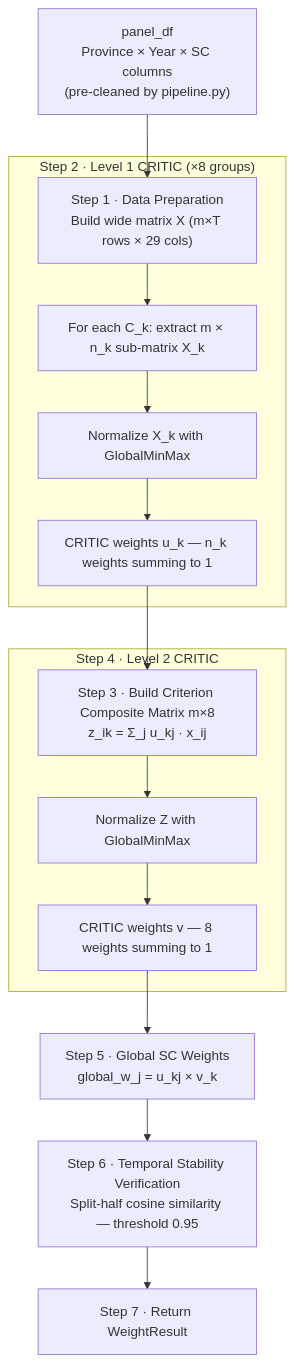
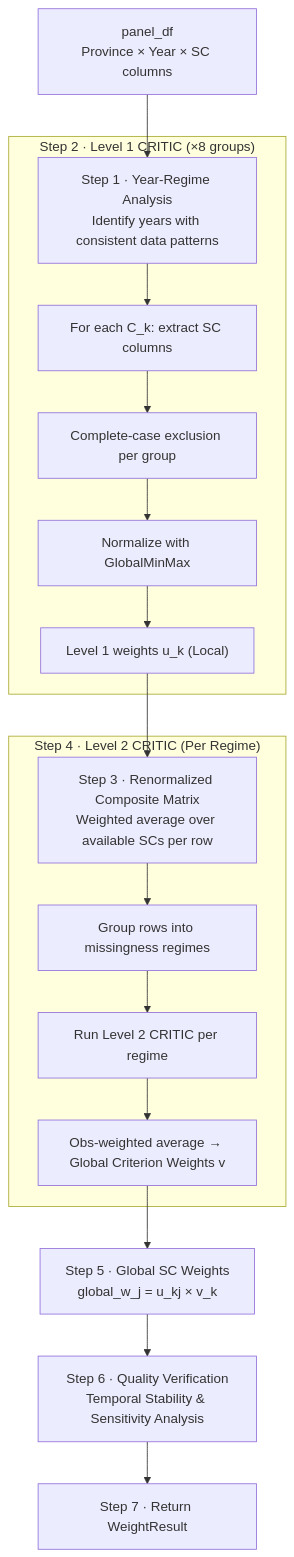
Before and after one commit to hnks-gh/ml-mcdm: the diagram in docs/weighting.md, drawn with Mermaid. The commit also changed other lines of this file and 94 other files, not shown here.

````diff
--- a/docs/weighting.md
+++ b/docs/weighting.md
@@ -66,24 +69,25 @@
 ```mermaid
 flowchart TD
-    A["panel_df\nProvince × Year × SC columns\n(pre-cleaned by pipeline.py)"]
-    --> B["Step 1 · Data Preparation\nBuild wide matrix X (m×T rows × 29 cols)"]
+    A["panel_df\nProvince × Year × SC columns"]
+    --> B["Step 1 · Year-Regime Analysis\nIdentify years with consistent data patterns"]
 
     subgraph L1["Step 2 · Level 1 CRITIC (×8 groups)"]
-      B --> C["For each C_k: extract m × n_k sub-matrix X_k"]
-      --> D["Normalize X_k with GlobalMinMax"]
-      --> E["CRITIC weights u_k — n_k weights summing to 1"]
+      B --> C["For each C_k: extract SC columns"]
+      --> D["Complete-case exclusion per group"]
+      --> E["Normalize with GlobalMinMax"]
+      --> F["Level 1 weights u_k (Local)"]
     end
 
-    E --> F["Step 3 · Build Criterion Composite Matrix m×8\nz_ik = Σ_j u_kj · x_ij"]
+    F --> G["Step 3 · Renormalized Composite Matrix\nWeighted average over available SCs per row"]
 
-    subgraph L2["Step 4 · Level 2 CRITIC"]
-        F --> G["Normalize Z with GlobalMinMax"]
-        --> H["CRITIC weights v — 8 weights summing to 1"]
+    subgraph L2["Step 4 · Level 2 CRITIC (Per Regime)"]
+        G --> H["Group rows into missingness regimes"]
+        --> I["Run Level 2 CRITIC per regime"]
+        --> J["Obs-weighted average → Global Criterion Weights v"]
     end
 
-    H --> I["Step 5 · Global SC Weights\nglobal_w_j = u_kj × v_k"]
+    J --> K["Step 5 · Global SC Weights\nglobal_w_j = u_kj × v_k"]
 
-    I --> J["Step 6 · Temporal Stability Verification\nSplit-half cosine similarity — threshold 0.95"]
-
-    J --> K["Step 7 · Return WeightResult"]
+    K --> L["Step 6 · Quality Verification\nTemporal Stability & Sensitivity Analysis"]
+    L --> M["Step 7 · Return WeightResult"]
 ```
````
